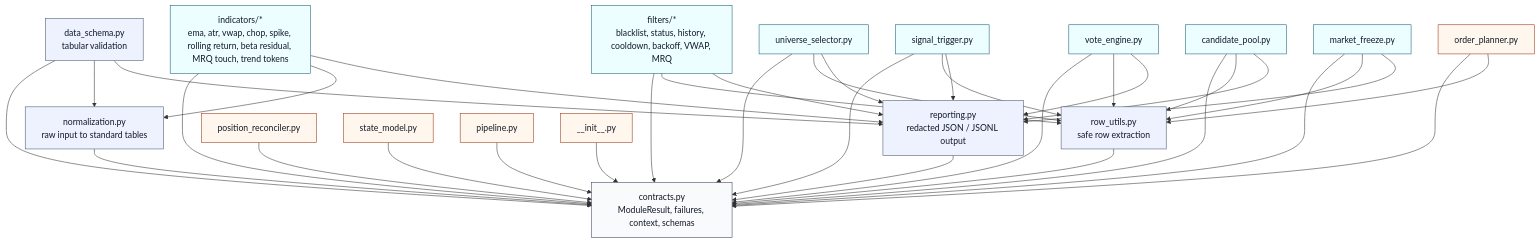
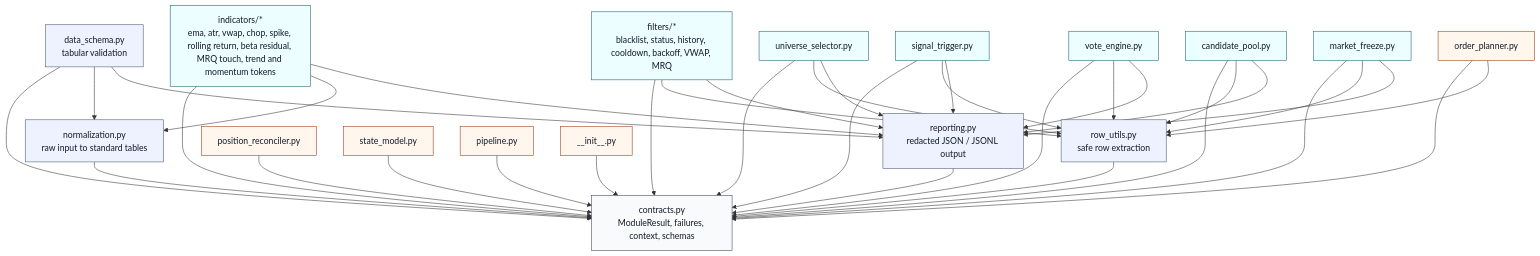
Before and after one commit to waswrsis/quant-strategy-tokenizer: the second of 2 diagrams in README.md, drawn with Mermaid. The commit also changed other lines of this file and 93 other files, not shown here.

Commit message:
Add momentum indicator tokens

````diff
--- a/README.md
+++ b/README.md
@@ -148,77 +149,77 @@
 ```mermaid
 flowchart TD
     Contracts["contracts.py<br/>ModuleResult, failures, context, schemas"]
 
     Normalization["normalization.py<br/>raw input to standard tables"]
     RowUtils["row_utils.py<br/>safe row extraction"]
     Reporting["reporting.py<br/>redacted JSON / JSONL output"]
     DataSchema["data_schema.py<br/>tabular validation"]
 
-    Indicators["indicators/*<br/>ema, atr, vwap, chop, spike, rolling return, beta residual, MRQ touch, trend tokens"]
+    Indicators["indicators/*<br/>ema, atr, vwap, chop, spike, rolling return, beta residual, MRQ touch, trend and momentum tokens"]
     Filters["filters/*<br/>blacklist, status, history, cooldown, backoff, VWAP, MRQ"]
 
     Universe["universe_selector.py"]
     Signals["signal_trigger.py"]
     Votes["vote_engine.py"]
     Candidates["candidate_pool.py"]
     Freeze["market_freeze.py"]
 
     Orders["order_planner.py"]
     Positions["position_reconciler.py"]
     State["state_model.py"]
     Pipeline["pipeline.py"]
     PublicAPI["__init__.py"]
 
     PublicAPI --> Contracts
 
     Normalization --> Contracts
     RowUtils --> Contracts
     Reporting --> Contracts
     DataSchema --> Contracts
     DataSchema --> Normalization
     DataSchema --> Reporting
 
     Indicators --> Contracts
     Indicators --> Normalization
     Indicators --> Reporting
 
     Filters --> Contracts
     Filters --> RowUtils
     Filters --> Reporting
 
     Universe --> Contracts
     Universe --> RowUtils
     Universe --> Reporting
 
     Signals --> Contracts
     Signals --> RowUtils
     Signals --> Reporting
 
     Votes --> Contracts
     Votes --> RowUtils
     Votes --> Reporting
 
     Candidates --> Contracts
     Candidates --> RowUtils
     Candidates --> Reporting
 
     Freeze --> Contracts
     Freeze --> RowUtils
     Freeze --> Reporting
 
     Orders --> Contracts
     Orders --> RowUtils
     Positions --> Contracts
     State --> Contracts
     Pipeline --> Contracts
 
     classDef core fill:#f8fafc,stroke:#334155,color:#111827;
     classDef helper fill:#eef2ff,stroke:#475569,color:#111827;
     classDef module fill:#ecfeff,stroke:#155e75,color:#111827;
     classDef plan fill:#fff7ed,stroke:#9a3412,color:#111827;
 
     class Contracts core;
     class Normalization,RowUtils,Reporting,DataSchema helper;
     class Indicators,Filters,Universe,Signals,Votes,Candidates,Freeze module;
     class Orders,Positions,State,Pipeline,PublicAPI plan;
 ```
````
